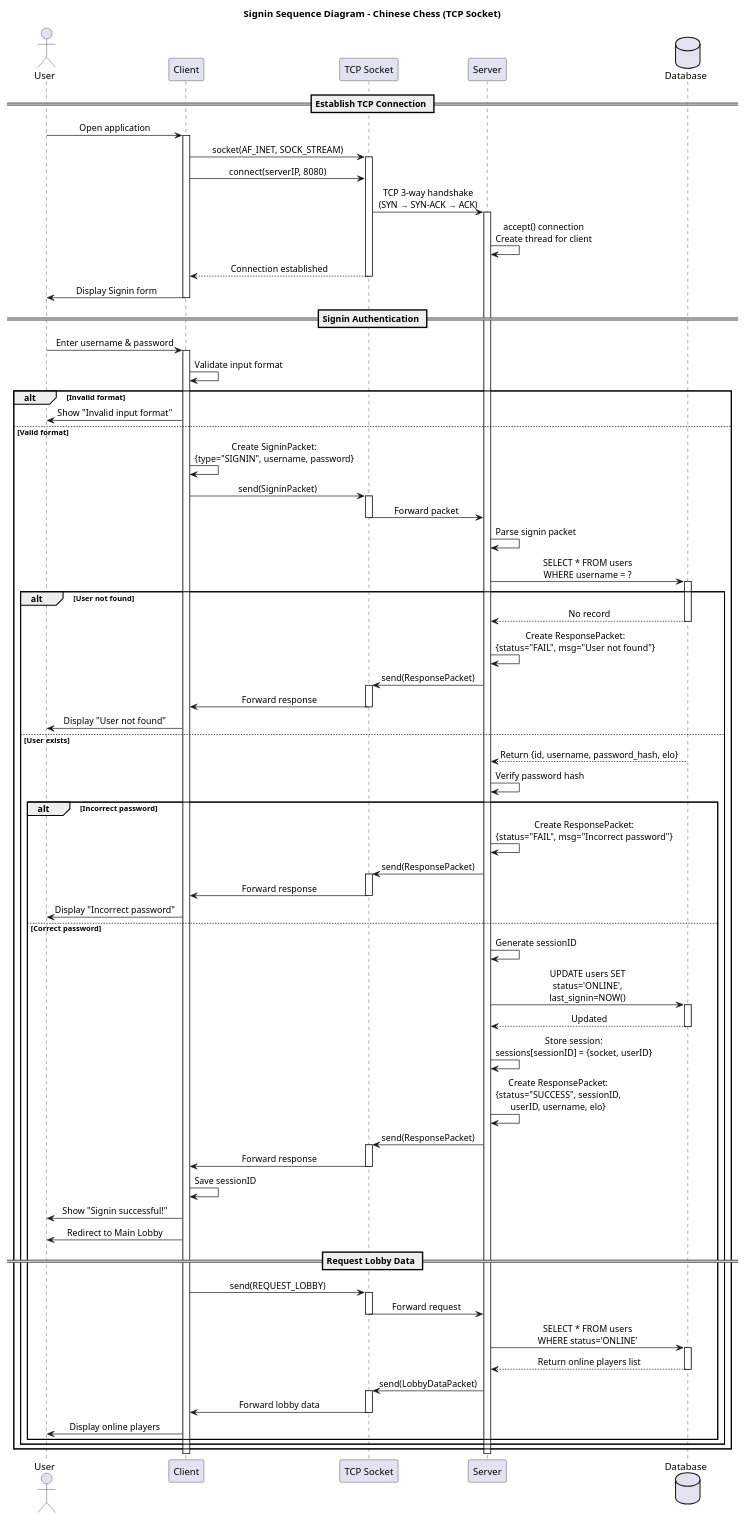
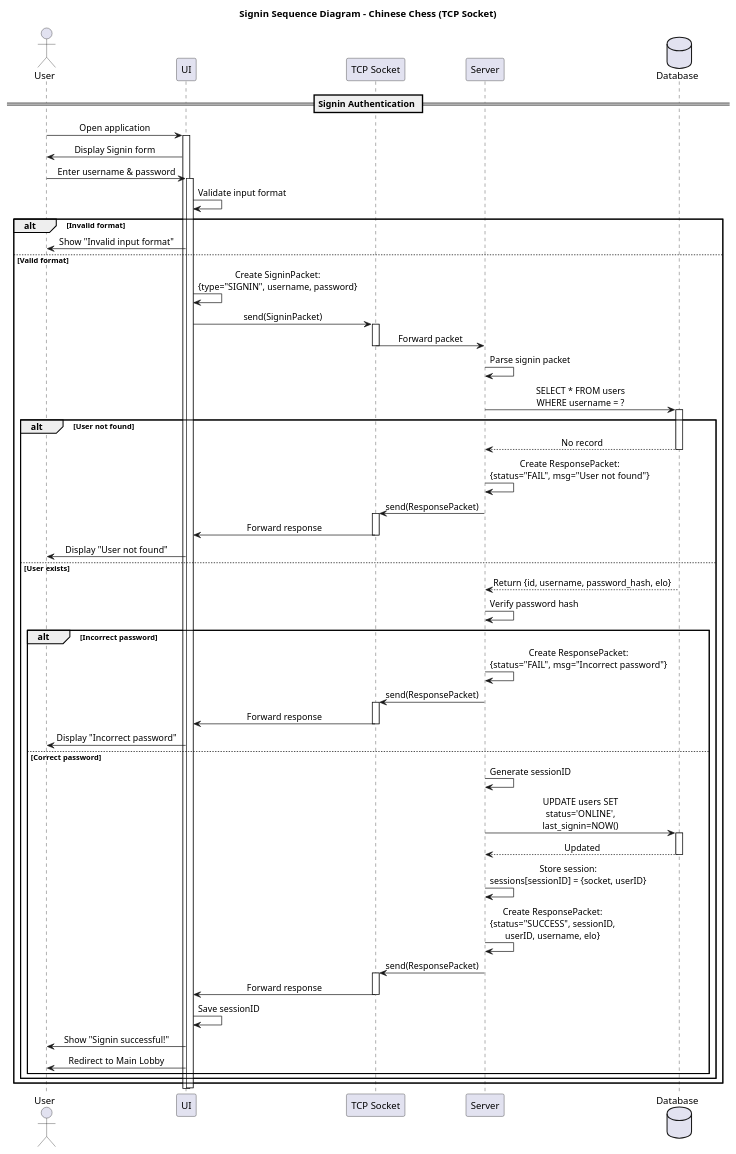
The diagram in SequenceDiagram/signin.puml (StrongDZ/Chinese-chess-nework-programming), drawn with PlantUML before and after one commit. The commit also changed 38 other files, not shown here.

Commit message:
Update sequence diagrams and backend specs

```diff
--- a/SequenceDiagram/signin.puml
+++ b/SequenceDiagram/signin.puml
@@ -1,123 +1,90 @@
 @startuml
 title Signin Sequence Diagram - Chinese Chess (TCP Socket)
 
 skinparam sequenceMessageAlign center
 skinparam responseMessageBelowArrow true
 
 actor User
-participant "Client" as Client
+participant "UI" as UI
 participant "TCP Socket" as Socket
 participant "Server" as Server
 database "Database" as DB
 
-== Establish TCP Connection ==
-User -> Client: Open application
-activate Client
+== Signin Authentication ==
+User -> UI: Open application
+activate UI
+UI -> User: Display Signin form
+User -> UI: Enter username & password
+activate UI
 
-Client -> Socket: socket(AF_INET, SOCK_STREAM)
-activate Socket
-Client -> Socket: connect(serverIP, 8080)
-
-Socket -> Server: TCP 3-way handshake\n(SYN → SYN-ACK → ACK)
-activate Server
-
-Server -> Server: accept() connection\nCreate thread for client
-Socket --> Client: Connection established
-deactivate Socket
-
-Client -> User: Display Signin form
-deactivate Client
-
-== Signin Authentication ==
-User -> Client: Enter username & password
-activate Client
-
-Client -> Client: Validate input format
+UI -> UI: Validate input format
 
 alt Invalid format
-    Client -> User: Show "Invalid input format"
+    UI -> User: Show "Invalid input format"
     
 else Valid format
-    Client -> Client: Create SigninPacket:\n{type="SIGNIN", username, password}
+    UI -> UI: Create SigninPacket:\n{type="SIGNIN", username, password}
     
-    Client -> Socket: send(SigninPacket)
+    UI -> Socket: send(SigninPacket)
     activate Socket
     Socket -> Server: Forward packet
     deactivate Socket
     
     Server -> Server: Parse signin packet
     Server -> DB: SELECT * FROM users\nWHERE username = ?
     activate DB
     
     alt User not found
         DB --> Server: No record
         deactivate DB
         Server -> Server: Create ResponsePacket:\n{status="FAIL", msg="User not found"}
         
         Server -> Socket: send(ResponsePacket)
         activate Socket
-        Socket -> Client: Forward response
+        Socket -> UI: Forward response
         deactivate Socket
-        Client -> User: Display "User not found"
+        UI -> User: Display "User not found"
         
     else User exists
         DB --> Server: Return {id, username, password_hash, elo}
         deactivate DB
         
         Server -> Server: Verify password hash
         
         alt Incorrect password
             Server -> Server: Create ResponsePacket:\n{status="FAIL", msg="Incorrect password"}
             
             Server -> Socket: send(ResponsePacket)
             activate Socket
-            Socket -> Client: Forward response
+            Socket -> UI: Forward response
             deactivate Socket
-            Client -> User: Display "Incorrect password"
+            UI -> User: Display "Incorrect password"
             
         else Correct password
             Server -> Server: Generate sessionID
             
             Server -> DB: UPDATE users SET\nstatus='ONLINE',\nlast_signin=NOW()
             activate DB
             DB --> Server: Updated
             deactivate DB
             
             Server -> Server: Store session:\nsessions[sessionID] = {socket, userID}
             
             Server -> Server: Create ResponsePacket:\n{status="SUCCESS", sessionID,\nuserID, username, elo}
             
             Server -> Socket: send(ResponsePacket)
             activate Socket
-            Socket -> Client: Forward response
+            Socket -> UI: Forward response
             deactivate Socket
             
-            Client -> Client: Save sessionID
-            Client -> User: Show "Signin successful!"
-            Client -> User: Redirect to Main Lobby
-            
-            == Request Lobby Data ==
-            Client -> Socket: send(REQUEST_LOBBY)
-            activate Socket
-            Socket -> Server: Forward request
-            deactivate Socket
-            
-            Server -> DB: SELECT * FROM users\nWHERE status='ONLINE'
-            activate DB
-            DB --> Server: Return online players list
-            deactivate DB
-            
-            Server -> Socket: send(LobbyDataPacket)
-            activate Socket
-            Socket -> Client: Forward lobby data
-            deactivate Socket
-            
-            Client -> User: Display online players
+            UI -> UI: Save sessionID
+            UI -> User: Show "Signin successful!"
+            UI -> User: Redirect to Main Lobby
         end
     end
 end
 
-deactivate Client
+deactivate UI
 deactivate Server
 
 @enduml
```
